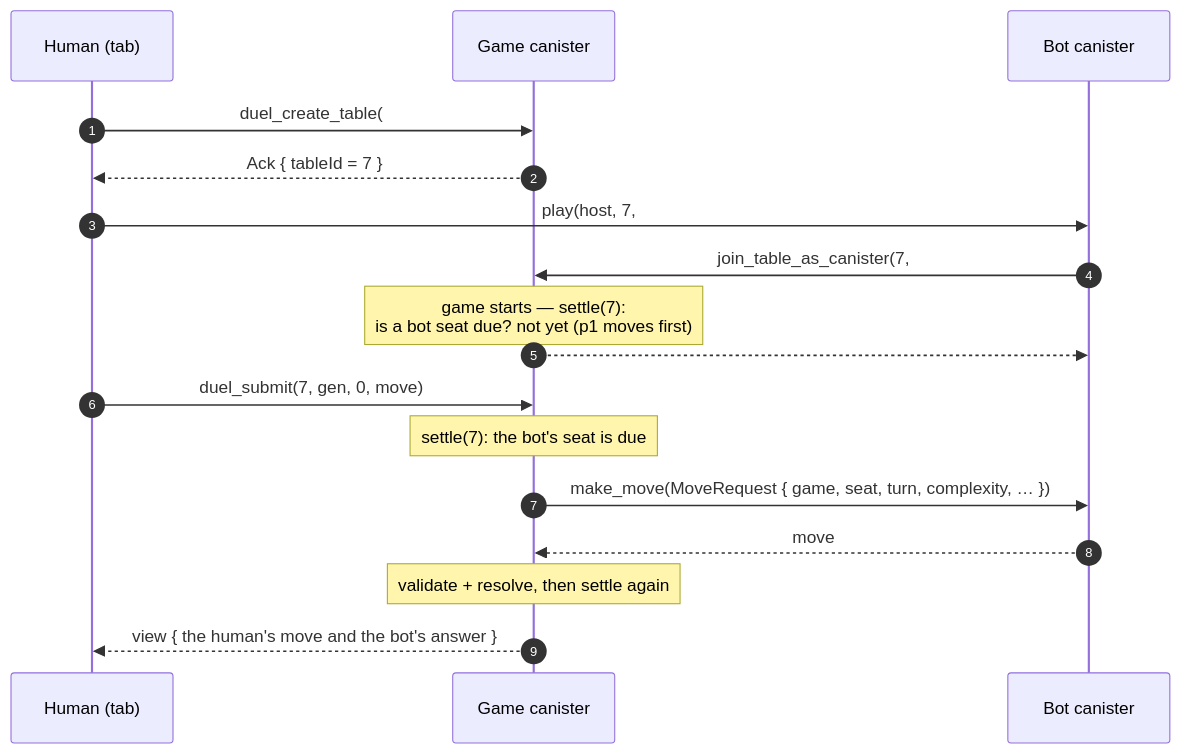
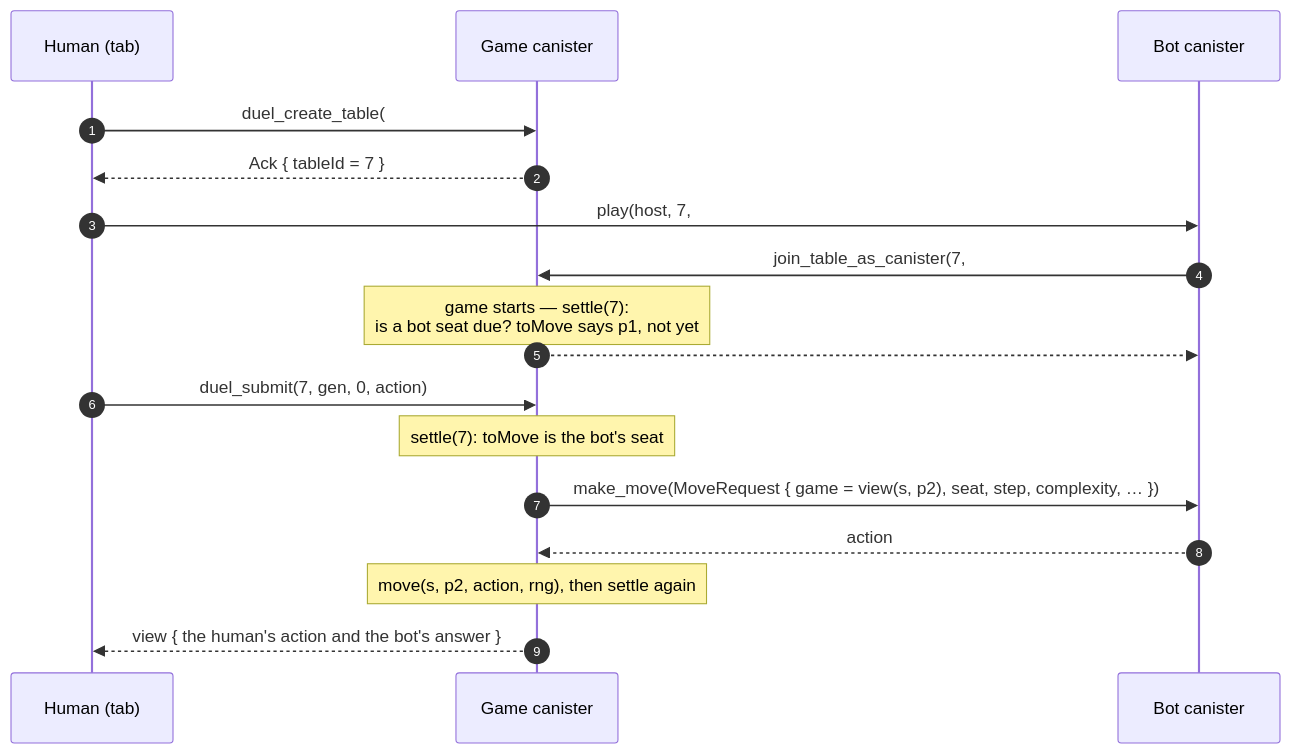
One commit to research-ag/duel-core changed the eighth of 9 diagrams in DESIGN.md. Above: the diagram before and after it, drawn with Mermaid. The commit also changed other lines of this file and 23 other files, not shown here.

````diff
--- a/DESIGN.md
+++ b/DESIGN.md
@@ -318,20 +413,20 @@
 ```mermaid
 sequenceDiagram
   autonumber
   participant H as Human (tab)
   participant C as Game canister
   participant K as Bot canister
 
   H->>C: duel_create_table(#p1, …)
   C-->>H: Ack { tableId = 7 }
   H->>K: play(host, 7, #p2, null, "Hard")
   K->>C: join_table_as_canister(7, #p2, null, "Hard")
-  Note over C: game starts — settle(7):<br/>is a bot seat due? not yet (p1 moves first)
+  Note over C: game starts — settle(7):<br/>is a bot seat due? toMove says p1, not yet
   C-->>K: #ok(#started)
-  H->>C: duel_submit(7, gen, 0, move)
-  Note over C: settle(7): the bot's seat is due
-  C->>K: make_move(MoveRequest { game, seat, turn, complexity, … })
-  K-->>C: move
-  Note over C: validate + resolve, then settle again
-  C-->>H: view { the human's move and the bot's answer }
+  H->>C: duel_submit(7, gen, 0, action)
+  Note over C: settle(7): toMove is the bot's seat
+  C->>K: make_move(MoveRequest { game = view(s, p2), seat, step, complexity, … })
+  K-->>C: action
+  Note over C: move(s, p2, action, rng), then settle again
+  C-->>H: view { the human's action and the bot's answer }
 ```
````
